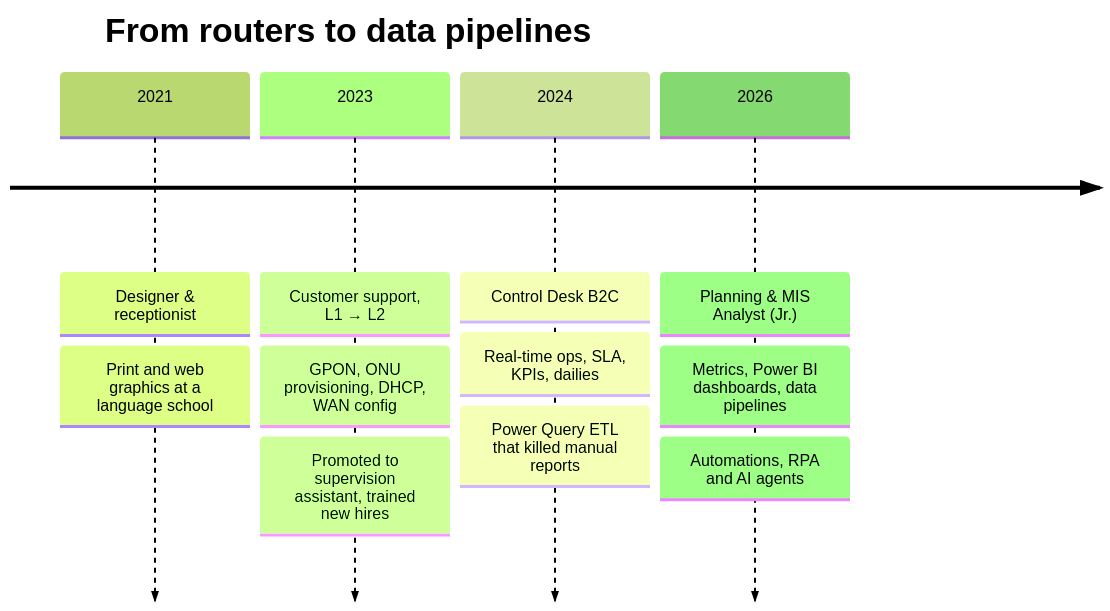
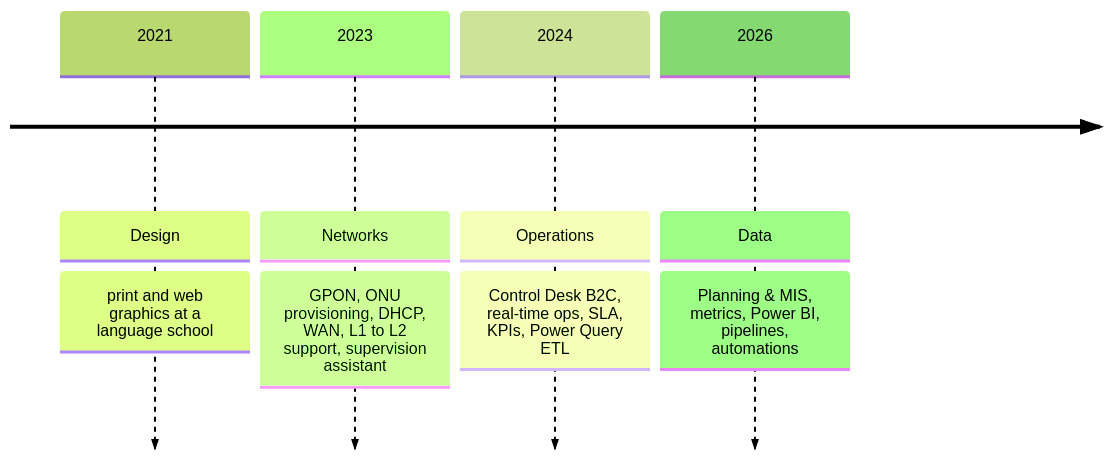
One commit to jounimn/jounimn changed the first of 2 diagrams in README.md. Above: the diagram before and after it, drawn with Mermaid (forest theme). The commit also changed other lines of this file and 2 other files, not shown here.

````diff
--- a/README.md
+++ b/README.md
@@ -41,15 +76,7 @@
 ```mermaid
 timeline
-    title From routers to data pipelines
-    2021 : Designer & receptionist
-         : Print and web graphics at a language school
-    2023 : Customer support, L1 → L2
-         : GPON, ONU provisioning, DHCP, WAN config
-         : Promoted to supervision assistant, trained new hires
-    2024 : Control Desk B2C
-         : Real-time ops, SLA, KPIs, dailies
-         : Power Query ETL that killed manual reports
-    2026 : Planning & MIS Analyst (Jr.)
-         : Metrics, Power BI dashboards, data pipelines
-         : Automations, RPA and AI agents
+    2021 : Design : print and web graphics at a language school
+    2023 : Networks : GPON, ONU provisioning, DHCP, WAN, L1 to L2 support, supervision assistant
+    2024 : Operations : Control Desk B2C, real-time ops, SLA, KPIs, Power Query ETL
+    2026 : Data : Planning & MIS, metrics, Power BI, pipelines, automations
 ```
````
